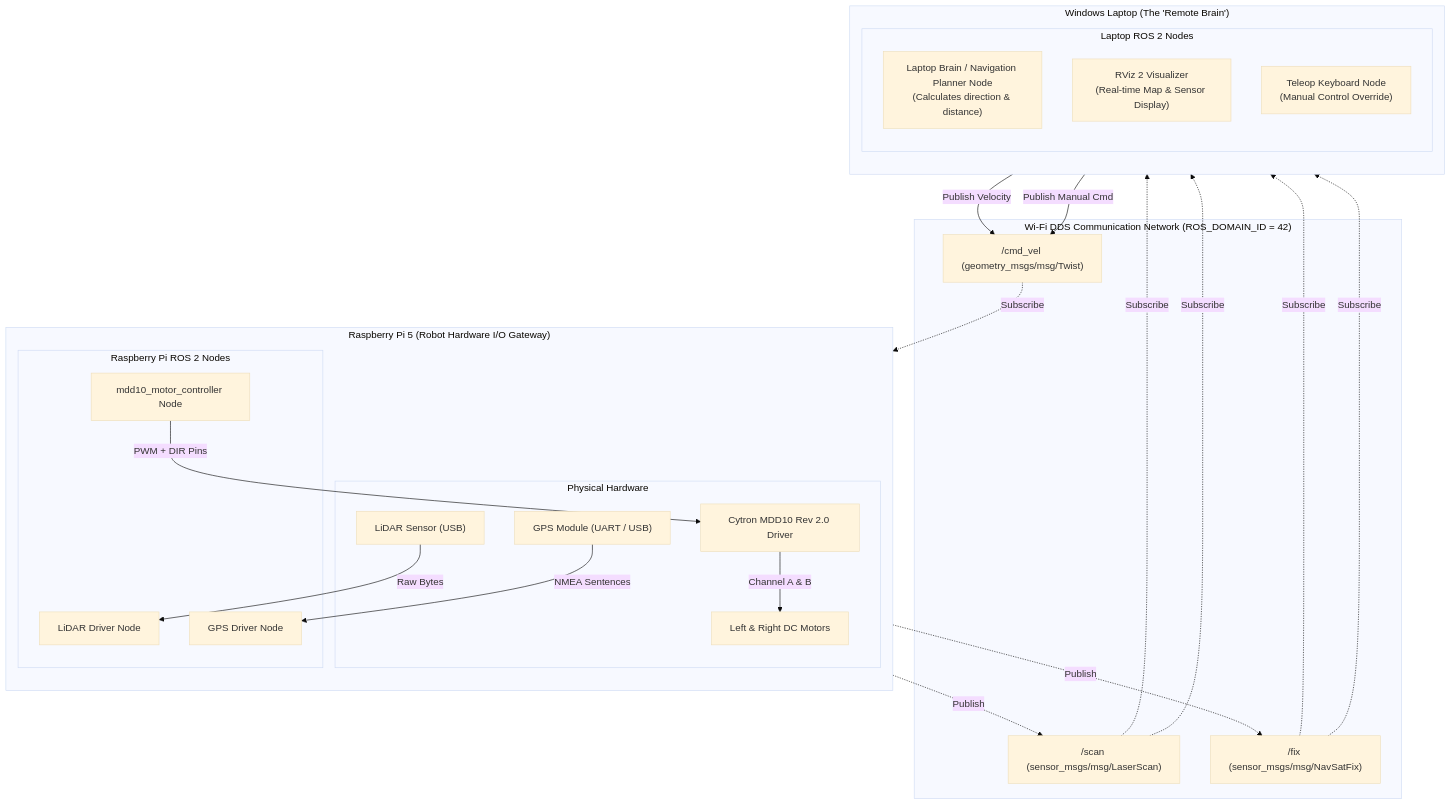
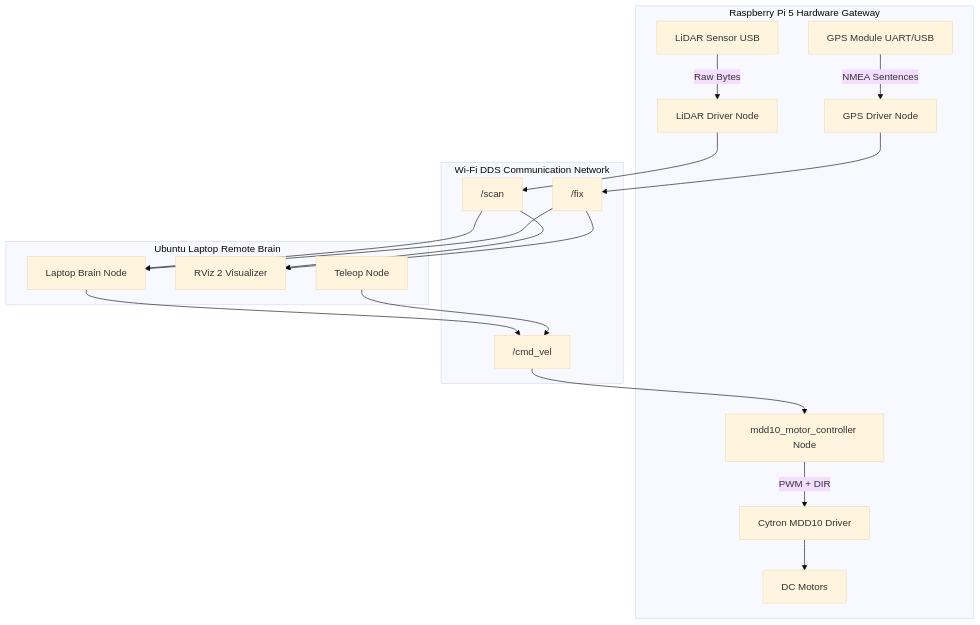
The first of 3 diagrams in documentation/ARCHITECTURE.md (Bandiesabme/ConeRobot), drawn with Mermaid (base theme) before and after one commit. The commit also changed other lines of this file and 13 other files, not shown here.

````diff
--- a/documentation/ARCHITECTURE.md
+++ b/documentation/ARCHITECTURE.md
@@ -27,52 +56,34 @@
 ```mermaid
-flowchart TB
-    subgraph Pi5 ["Raspberry Pi 5 (Robot Hardware I/O Gateway)"]
-        direction TB
-        subgraph Hardware ["Physical Hardware"]
-            LIDAR_HW["LiDAR Sensor (USB)"]
-            GPS_HW["GPS Module (UART / USB)"]
-            MDD10_HW["Cytron MDD10 Rev 2.0 Driver"]
-            MOTORS["Left & Right DC Motors"]
-        end
-
-        subgraph PiNodes ["Raspberry Pi ROS 2 Nodes"]
-            LIDAR_NODE["LiDAR Driver Node"]
-            GPS_NODE["GPS Driver Node"]
-            MOTOR_NODE["mdd10_motor_controller Node"]
-        end
-
-        LIDAR_HW -->|Raw Bytes| LIDAR_NODE
-        GPS_HW -->|NMEA Sentences| GPS_NODE
-        MOTOR_NODE -->|PWM + DIR Pins| MDD10_HW
-        MDD10_HW -->|Channel A & B| MOTORS
+graph TB
+    subgraph Pi5 [Raspberry Pi 5 Hardware Gateway]
+        LIDAR_HW[LiDAR Sensor USB] -->|Raw Bytes| LIDAR_NODE[LiDAR Driver Node]
+        GPS_HW[GPS Module UART/USB] -->|NMEA Sentences| GPS_NODE[GPS Driver Node]
+        MOTOR_NODE[mdd10_motor_controller Node] -->|PWM + DIR| MDD10_HW[Cytron MDD10 Driver]
+        MDD10_HW --> MOTORS[DC Motors]
     end
 
-    subgraph Network ["Wi-Fi DDS Communication Network (ROS_DOMAIN_ID = 42)"]
-        TOPIC_SCAN["/scan (sensor_msgs/msg/LaserScan)"]
-        TOPIC_FIX["/fix (sensor_msgs/msg/NavSatFix)"]
-        TOPIC_CMD["/cmd_vel (geometry_msgs/msg/Twist)"]
+    subgraph Network [Wi-Fi DDS Communication Network]
+        TOPIC_SCAN["/scan"]
+        TOPIC_FIX["/fix"]
+        TOPIC_CMD["/cmd_vel"]
     end
 
-    subgraph Laptop ["Windows Laptop (The 'Remote Brain')"]
-        direction TB
-        subgraph LaptopNodes ["Laptop ROS 2 Nodes"]
-            BRAIN_NODE["Laptop Brain / Navigation Planner Node\n(Calculates direction & distance)"]
-            RVIZ2["RViz 2 Visualizer\n(Real-time Map & Sensor Display)"]
-            TELEOP["Teleop Keyboard Node\n(Manual Control Override)"]
-        end
+    subgraph Laptop [Ubuntu Laptop Remote Brain]
+        BRAIN_NODE[Laptop Brain Node]
+        RVIZ2[RViz 2 Visualizer]
+        TELEOP[Teleop Node]
     end
 
-    %% Data Streams
-    LIDAR_NODE -.->|Publish| TOPIC_SCAN
-    GPS_NODE -.->|Publish| TOPIC_FIX
+    LIDAR_NODE --> TOPIC_SCAN
+    GPS_NODE --> TOPIC_FIX
 
-    TOPIC_SCAN -.->|Subscribe| BRAIN_NODE
-    TOPIC_FIX -.->|Subscribe| BRAIN_NODE
-    TOPIC_SCAN -.->|Subscribe| RVIZ2
-    TOPIC_FIX -.->|Subscribe| RVIZ2
+    TOPIC_SCAN --> BRAIN_NODE
+    TOPIC_FIX --> BRAIN_NODE
+    TOPIC_SCAN --> RVIZ2
+    TOPIC_FIX --> RVIZ2
 
-    BRAIN_NODE -->|Publish Velocity| TOPIC_CMD
-    TELEOP -->|Publish Manual Cmd| TOPIC_CMD
+    BRAIN_NODE --> TOPIC_CMD
+    TELEOP --> TOPIC_CMD
 
-    TOPIC_CMD -.->|Subscribe| MOTOR_NODE
+    TOPIC_CMD --> MOTOR_NODE
 ```
````
